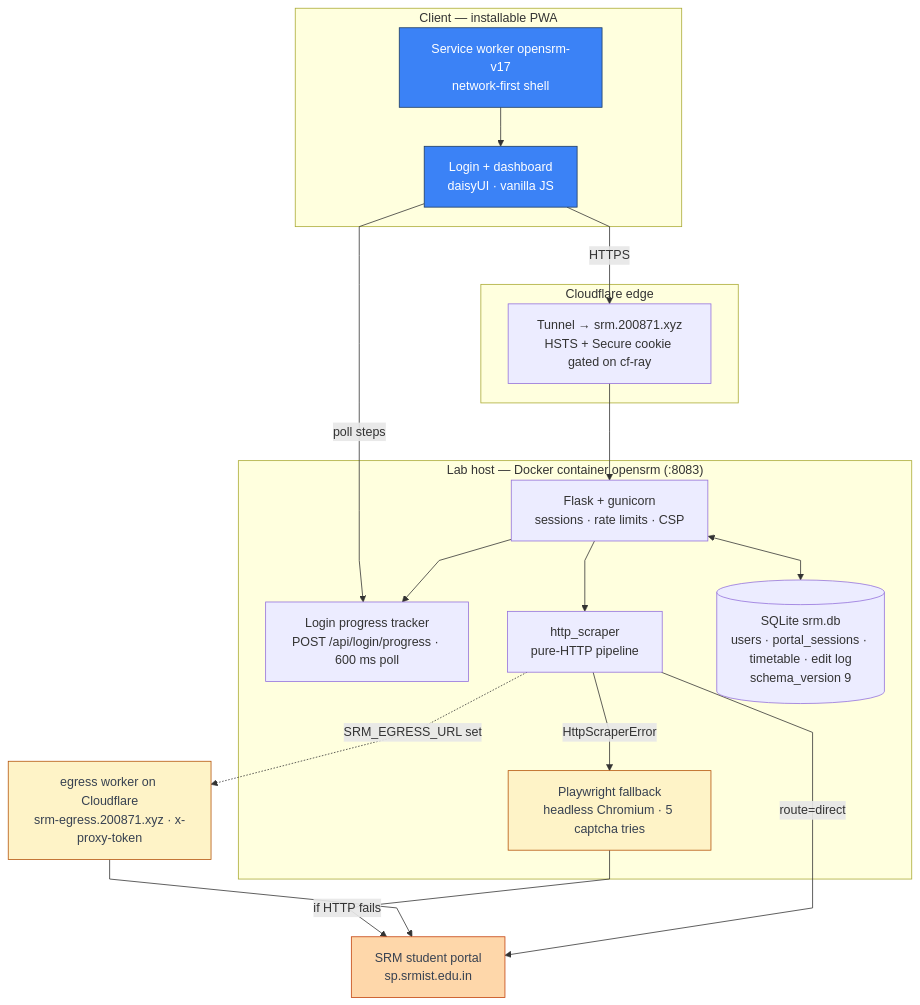
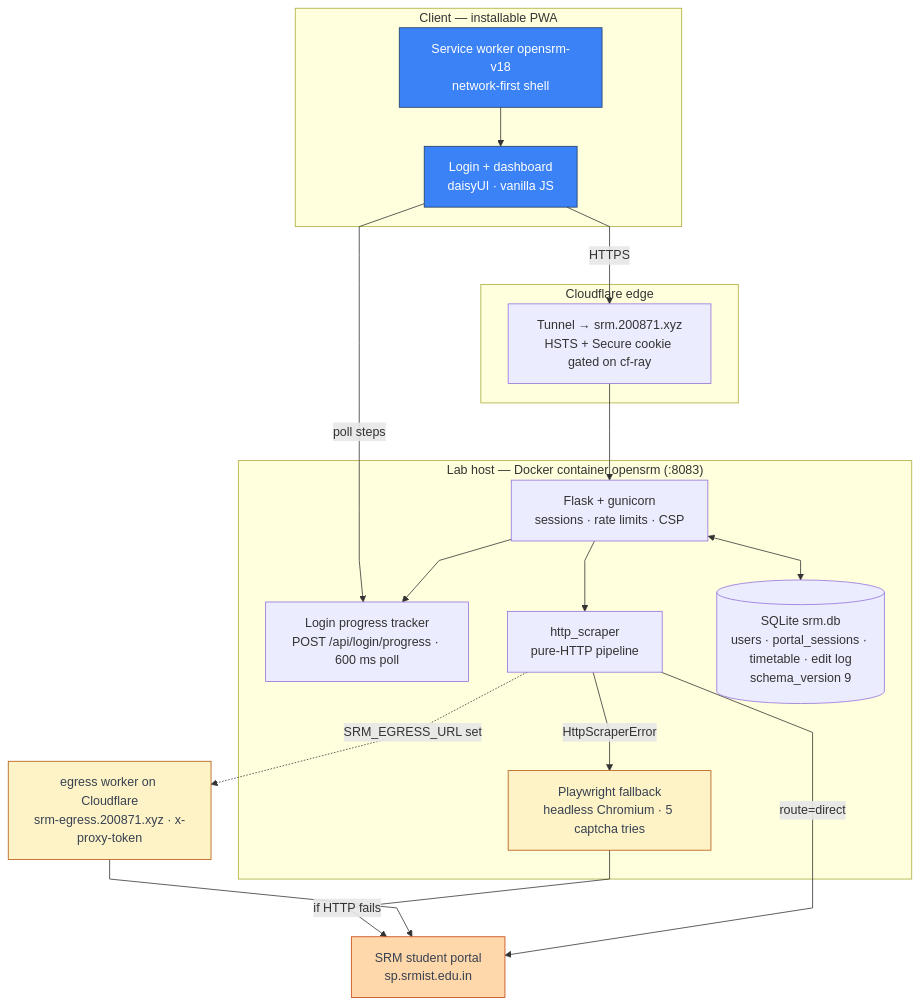
Before and after one commit to thenabbu/OpenSRM: the first of 3 diagrams in README.md, drawn with Mermaid. The commit also changed 6 other files, not shown here.

````diff
--- a/README.md
+++ b/README.md
@@ -65,43 +65,43 @@
 ```mermaid
 %%{init: {"flowchart": {"curve": "linear"}}}%%
 flowchart TD
     subgraph client["Client — installable PWA"]
         UI["Login + dashboard<br/>daisyUI · vanilla JS"]
-        SW["Service worker opensrm-v17<br/>network-first shell"]
+        SW["Service worker opensrm-v18<br/>network-first shell"]
     end
 
     subgraph edge["Cloudflare edge"]
         TUN["Tunnel → srm.200871.xyz<br/>HSTS + Secure cookie gated on cf-ray"]
     end
 
     subgraph lab["Lab host — Docker container opensrm (:8083)"]
         FL["Flask + gunicorn<br/>sessions · rate limits · CSP"]
         PROG["Login progress tracker<br/>POST /api/login/progress · 600 ms poll"]
         HS["http_scraper<br/>pure-HTTP pipeline"]
         PW["Playwright fallback<br/>headless Chromium · 5 captcha tries"]
         DB[("SQLite srm.db<br/>users · portal_sessions · timetable · edit log<br/>schema_version 9")]
         FL --> PROG
         FL <--> DB
         FL --> HS
         HS -->|"HttpScraperError"| PW
     end
 
     EG["egress worker on Cloudflare<br/>srm-egress.200871.xyz · x-proxy-token"]
     P["SRM student portal<br/>sp.srmist.edu.in"]
 
     UI -->|"HTTPS"| TUN
     TUN --> FL
     SW --> UI
     UI -->|"poll steps"| PROG
     HS -->|"route=direct"| P
     HS -.->|"SRM_EGRESS_URL set"| EG
     EG --> P
     PW -->|"if HTTP fails"| P
 
     classDef client fill:#3b82f6,stroke:#1e3a5f,color:#ffffff
     classDef conditional fill:#fef3c7,stroke:#b45309,color:#374151
     classDef external fill:#fed7aa,stroke:#c2410c,color:#374151
     class UI,SW client
     class PW,EG conditional
     class P external
 ```
````
